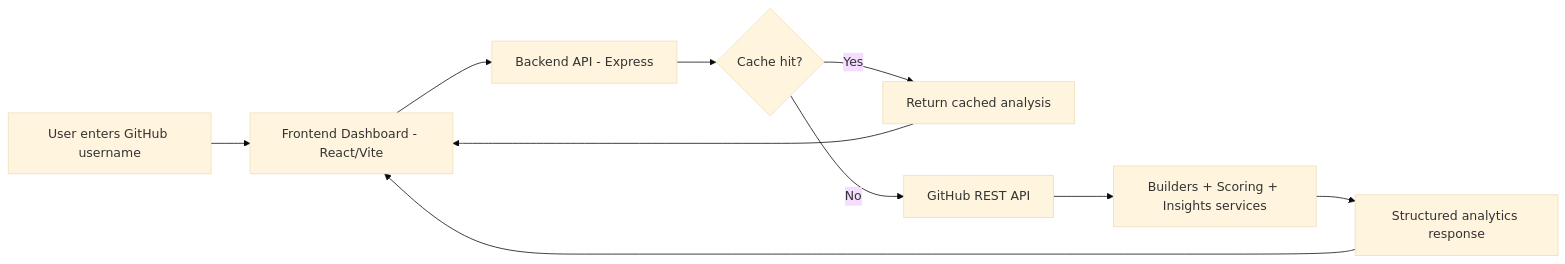
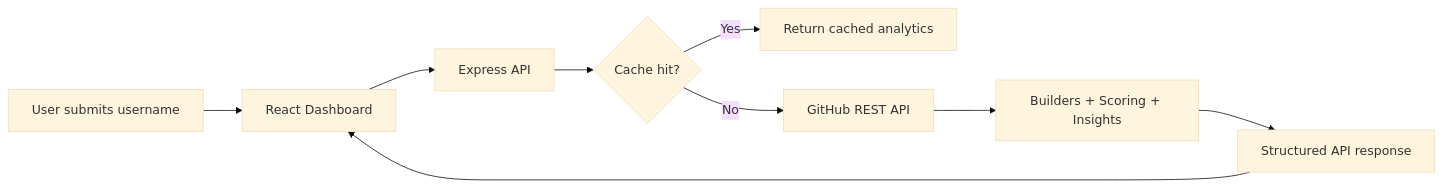
Before and after one commit to esnoko/DevTrack: the diagram in README.md, drawn with Mermaid (base theme). The commit also changed other lines of this file, not shown here.

````diff
--- a/README.md
+++ b/README.md
@@ -162,12 +68,11 @@
 ```mermaid
 flowchart LR
-  A[User enters GitHub username] --> B[Frontend Dashboard - React/Vite]
-  B --> C[Backend API - Express]
+  A[User submits username] --> B[React Dashboard]
+  B --> C[Express API]
   C --> D{Cache hit?}
-  D -- Yes --> H[Return cached analysis]
-  D -- No --> E[GitHub REST API]
-  E --> F[Builders + Scoring + Insights services]
-  F --> G[Structured analytics response]
-  G --> B
+  D -- Yes --> E[Return cached analytics]
+  D -- No --> F[GitHub REST API]
+  F --> G[Builders + Scoring + Insights]
+  G --> H[Structured API response]
   H --> B
 ```
````
